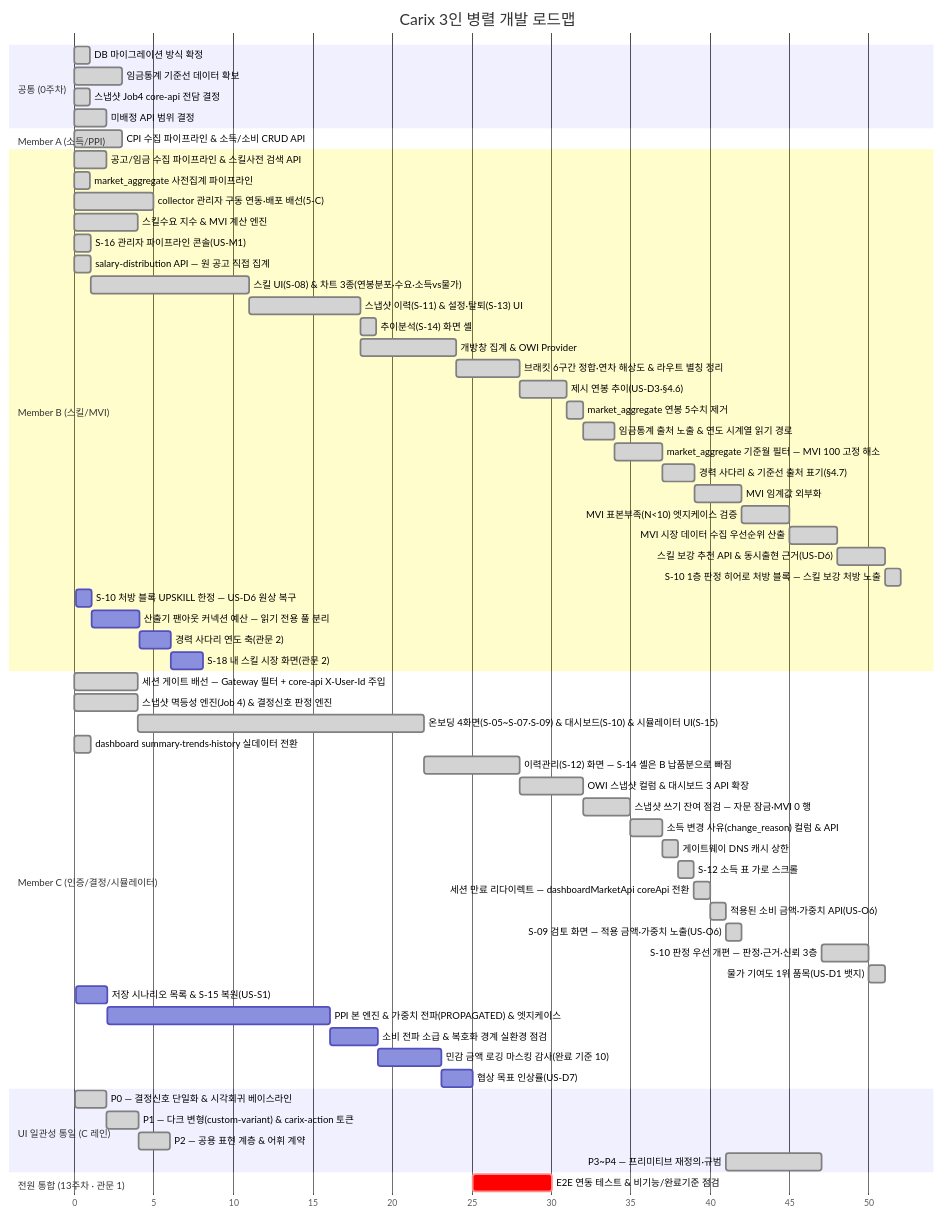
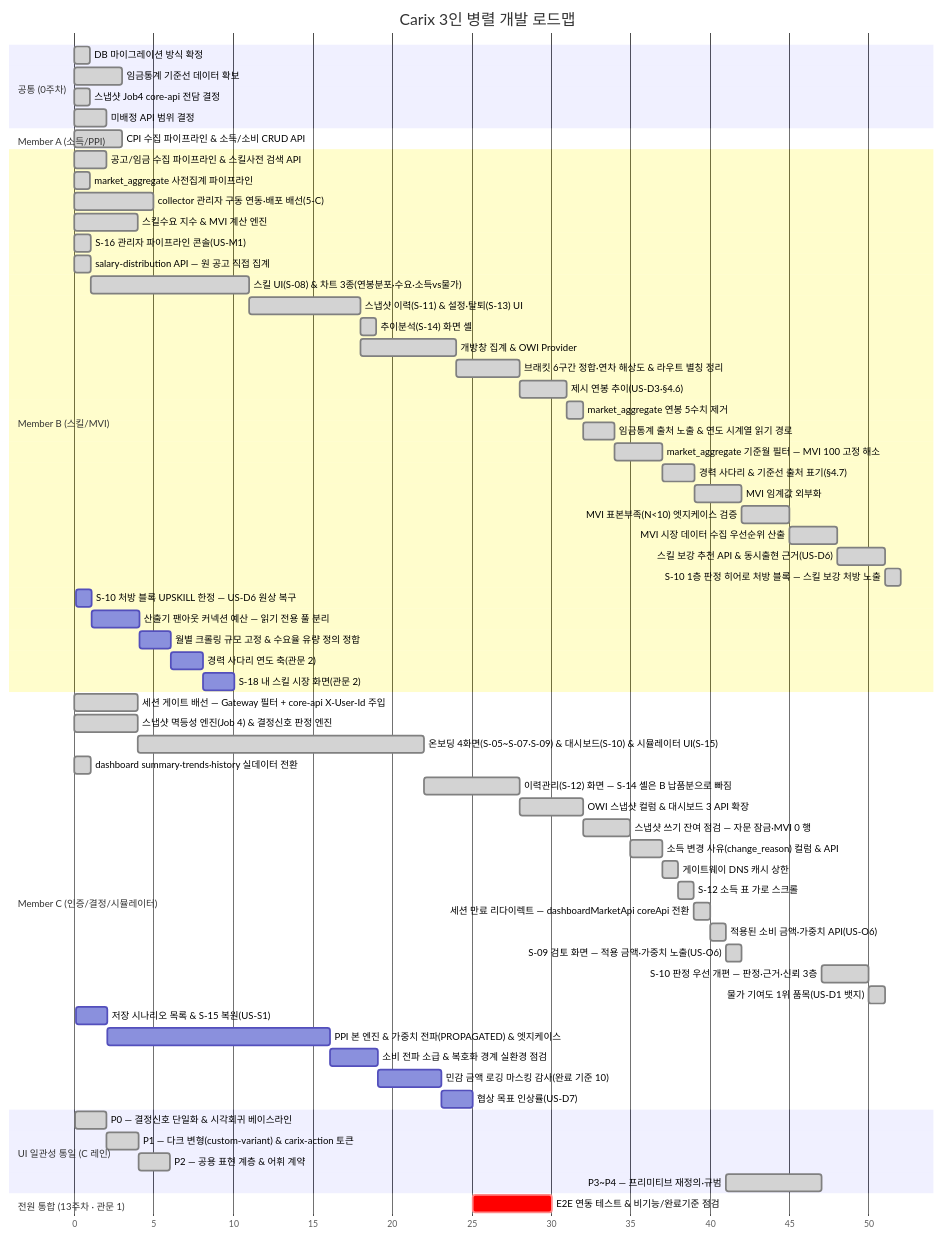
One commit to SeoHyeokGyu/Carix changed the first of 2 diagrams in docs/plans/carix-dev-plan.md. Above: the diagram before and after it, drawn with Mermaid. The commit also changed other lines of this file and 4 other files, not shown here.

````diff
--- a/docs/plans/carix-dev-plan.md
+++ b/docs/plans/carix-dev-plan.md
@@ -94,67 +94,68 @@
 ```mermaid
 gantt
     title Carix 3인 병렬 개발 로드맵
     dateFormat X
     axisFormat %s
     section 공통 (0주차)
     DB 마이그레이션 방식 확정 :done, c0a, 0, 1s
     임금통계 기준선 데이터 확보 :done, a0, 3, 3s
     스냅샷 Job4 core-api 전담 결정 :done, i0, 7, 1s
     미배정 API 범위 결정 :done, c0, 7, 2s
     section Member A (소득/PPI)
     CPI 수집 파이프라인 & 소득/소비 CRUD API :done, a1, 12, 3s
     section Member B (스킬/MVI)
     공고/임금 수집 파이프라인 & 스킬사전 검색 API :done, b1, 2, 2s
     market_aggregate 사전집계 파이프라인 :done, b2a, 3, 1s
     collector 관리자 구동 연동·배포 배선(5-C) :done, b0, 7, 5s
     스킬수요 지수 & MVI 계산 엔진 :done, b2, 8, 4s
     S-16 관리자 파이프라인 콘솔(US-M1) :done, b16, 14, 1s
     salary-distribution API — 원 공고 직접 집계 :done, b3a, 15, 1s
     스킬 UI(S-08) & 차트 3종(연봉분포·수요·소득vs물가) :done, b3, after b3a, 10s
     스냅샷 이력(S-11) & 설정·탈퇴(S-13) UI :done, b4, after b3, 7s
     추이분석(S-14) 화면 셸 :done, b4a, after b4, 1s
     개방창 집계 & OWI Provider :done, b6, after b4, 6s
     브래킷 6구간 정합·연차 해상도 & 라우트 별칭 정리 :done, b7, after b6, 4s
     제시 연봉 추이(US-D3·§4.6) :done, b10, after b7, 3s
     market_aggregate 연봉 5수치 제거 :done, b11, after b10, 1s
     임금통계 출처 노출 & 연도 시계열 읽기 경로 :done, b13, after b11, 2s
     market_aggregate 기준월 필터 — MVI 100 고정 해소 :done, b18, after b13, 3s
     경력 사다리 & 기준선 출처 표기(§4.7) :done, b12, after b18, 2s
     MVI 임계값 외부화 :done, b8, after b12, 3s
     MVI 표본부족(N<10) 엣지케이스 검증 :done, b8a, after b8, 3s
     MVI 시장 데이터 수집 우선순위 산출 :done, b8b, after b8a, 3s
     스킬 보강 추천 API & 동시출현 근거(US-D6) :done, b9, after b8b, 3s
     S-10 1층 판정 히어로 처방 블록 — 스킬 보강 처방 노출 :done, b15, after b9, 1s
     S-10 처방 블록 UPSKILL 한정 — US-D6 원상 복구 :b20, 83, 1s
     산출기 팬아웃 커넥션 예산 — 읽기 전용 풀 분리 :b17, after b20, 3s
-    경력 사다리 연도 축(관문 2) :b14, after b17, 2s
+    월별 크롤링 규모 고정 & 수요율 유량 정의 정합 :b21, after b17, 2s
+    경력 사다리 연도 축(관문 2) :b14, after b21, 2s
     S-18 내 스킬 시장 화면(관문 2) :b19, after b14, 2s
     section Member C (인증/결정/시뮬레이터)
     세션 게이트 배선 — Gateway 필터 + core-api X-User-Id 주입 :done, c0b, 7, 4s
     스냅샷 멱등성 엔진(Job 4) & 결정신호 판정 엔진 :done, c2, 8, 4s
     온보딩 4화면(S-05~S-07·S-09) & 대시보드(S-10) & 시뮬레이터 UI(S-15) :done, c3, after c2, 18s
     dashboard summary·trends·history 실데이터 전환 :done, c4a, 15, 1s
     이력관리(S-12) 화면 — S-14 셸은 B 납품분으로 빠짐 :done, c4, after c3, 6s
     OWI 스냅샷 컬럼 & 대시보드 3 API 확장 :done, c6, after c4, 4s
     스냅샷 쓰기 잔여 점검 — 자문 잠금·MVI 0 행 :done, c5, after c6, 3s
     소득 변경 사유(change_reason) 컬럼 & API :done, c10, after c5, 2s
     게이트웨이 DNS 캐시 상한 :done, c7, after c10, 1s
     S-12 소득 표 가로 스크롤 :done, c13, after c7, 1s
     세션 만료 리다이렉트 — dashboardMarketApi coreApi 전환 :done, c16, after c13, 1s
     적용된 소비 금액·가중치 API(US-O6) :done, c11, after c16, 1s
     S-09 검토 화면 — 적용 금액·가중치 노출(US-O6) :done, c17, after c11, 1s
     S-10 판정 우선 개편 — 판정·근거·신뢰 3층 :done, c15, after ui3, 3s
     물가 기여도 1위 품목(US-D1 뱃지) :done, c12, after c15, 1s
     저장 시나리오 목록 & S-15 복원(US-S1) :c9, 83, 2s
     PPI 본 엔진 & 가중치 전파(PROPAGATED) & 엣지케이스 :a2, after c9, 14s
     소비 전파 소급 & 복호화 경계 실환경 점검 :a12, after a2, 3s
     민감 금액 로깅 마스킹 감사(완료 기준 10) :a7, after a12, 4s
     협상 목표 인상률(US-D7) :c8, after a7, 2s
     section UI 일관성 통일 (C 레인)
     P0 — 결정신호 단일화 & 시각회귀 베이스라인 :done, ui0, 33, 2s
     P1 — 다크 변형(custom-variant) & carix-action 토큰 :done, ui1, after ui0, 2s
     P2 — 공용 표현 계층 & 어휘 계약 :done, ui2, after ui1, 2s
     P3~P4 — 프리미티브 재정의·규범 :done, ui3, after c11, 6s
     section 전원 통합 (13주차 · 관문 1)
-    E2E 연동 테스트 & 비기능/완료기준 점검 :crit, e2e, after b17 c8, 5s
+    E2E 연동 테스트 & 비기능/완료기준 점검 :crit, e2e, after b21 c8, 5s
 ```
````
